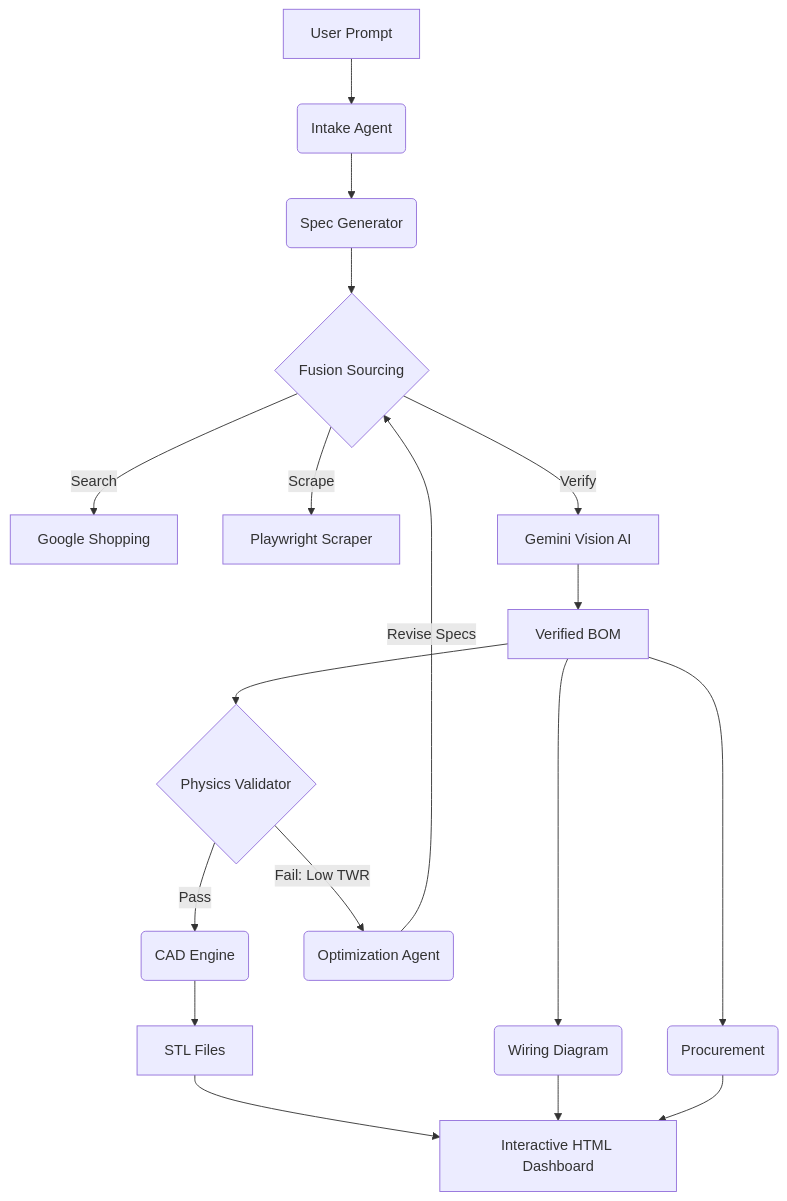
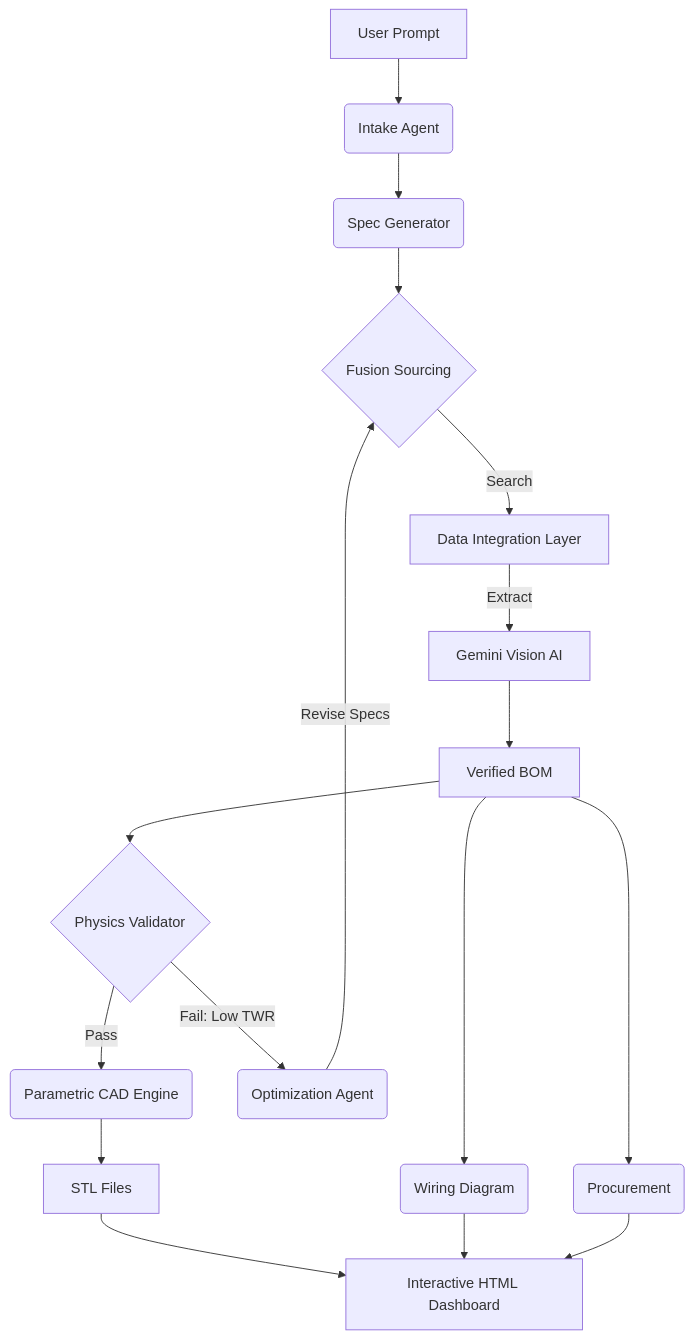
Before and after one commit to globalhawk04/drones: the diagram in README.md, drawn with Mermaid. The commit also changed other lines of this file, not shown here.

````diff
--- a/README.md
+++ b/README.md
@@ -27,18 +32,17 @@
 ```mermaid
 graph TD
     User[User Prompt] --> Intake(Intake Agent)
     Intake --> Specs(Spec Generator)
     Specs --> Fusion{Fusion Sourcing}
-    Fusion -->|Search| Google[Google Shopping]
-    Fusion -->|Scrape| Recon[Playwright Scraper]
-    Fusion -->|Verify| Vision[Gemini Vision AI]
+    Fusion -->|Search| DataLayer[Data Integration Layer]
+    DataLayer -->|Extract| Vision[Gemini Vision AI]
     Vision --> BOM[Verified BOM]
     BOM --> Physics{Physics Validator}
-    Physics -->|Pass| Architect(CAD Engine)
+    Physics -->|Pass| Architect(Parametric CAD Engine)
     Physics -->|Fail: Low TWR| Optimization(Optimization Agent)
     Optimization -->|Revise Specs| Fusion
     Architect --> STL[STL Files]
     BOM --> Schematics(Wiring Diagram)
     BOM --> Costing(Procurement)
     STL & Schematics & Costing --> Dashboard[Interactive HTML Dashboard]
 ```
````
